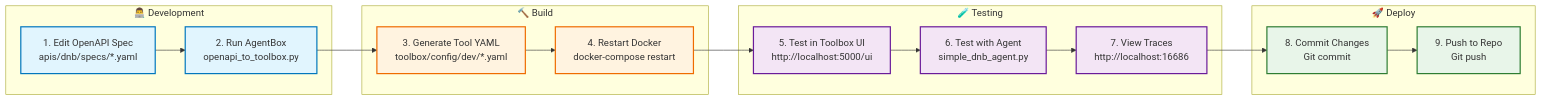
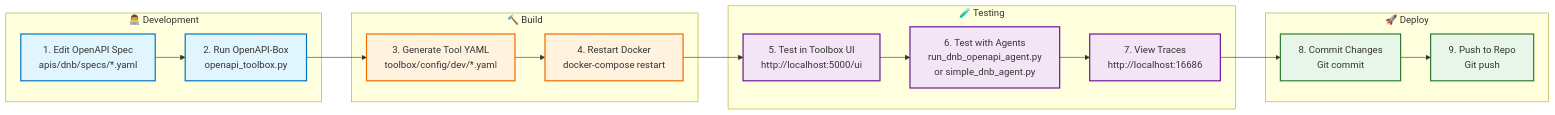
One commit to Px8Studio/adk-python changed diagram 12 of 13 in backend/ARCHITECTURE_MERMAID.md. Above: the diagram before and after it, drawn with Mermaid. The commit also changed other lines of this file and 4 other files, not shown here.

Commit message:
feat: Update documentation for multi-agent system and OpenAPI conversion tools

````diff
--- a/backend/ARCHITECTURE_MERMAID.md
+++ b/backend/ARCHITECTURE_MERMAID.md
@@ -774,42 +776,42 @@
 ```mermaid
 flowchart LR
     subgraph Dev["👨‍💻 Development"]
         EditSpec["1. Edit OpenAPI Spec<br/>apis/dnb/specs/*.yaml"]
-        RunConverter["2. Run AgentBox<br/>openapi_to_toolbox.py"]
+        RunConverter["2. Run OpenAPI-Box<br/>openapi_toolbox.py"]
     end
 
     subgraph Build["🔨 Build"]
         GenerateYAML["3. Generate Tool YAML<br/>toolbox/config/dev/*.yaml"]
         RestartDocker["4. Restart Docker<br/>docker-compose restart"]
     end
 
     subgraph Test["🧪 Testing"]
         TestUI["5. Test in Toolbox UI<br/>http://localhost:5000/ui"]
-        TestAgent["6. Test with Agent<br/>simple_dnb_agent.py"]
+        TestAgent["6. Test with Agents<br/>run_dnb_openapi_agent.py<br/>or simple_dnb_agent.py"]
         ViewTraces["7. View Traces<br/>http://localhost:16686"]
     end
 
     subgraph Deploy["🚀 Deploy"]
         CommitChanges["8. Commit Changes<br/>Git commit"]
         PushToRepo["9. Push to Repo<br/>Git push"]
     end
 
     EditSpec --> RunConverter
     RunConverter --> GenerateYAML
     GenerateYAML --> RestartDocker
     RestartDocker --> TestUI
     TestUI --> TestAgent
     TestAgent --> ViewTraces
     ViewTraces --> CommitChanges
     CommitChanges --> PushToRepo
 
     classDef dev fill:#e1f5fe,stroke:#0277bd,stroke-width:2px
     classDef build fill:#fff3e0,stroke:#ef6c00,stroke-width:2px
     classDef test fill:#f3e5f5,stroke:#6a1b9a,stroke-width:2px
     classDef deploy fill:#e8f5e9,stroke:#2e7d32,stroke-width:2px
     
     class EditSpec,RunConverter dev
     class GenerateYAML,RestartDocker build
     class TestUI,TestAgent,ViewTraces test
     class CommitChanges,PushToRepo deploy
 ```
````
